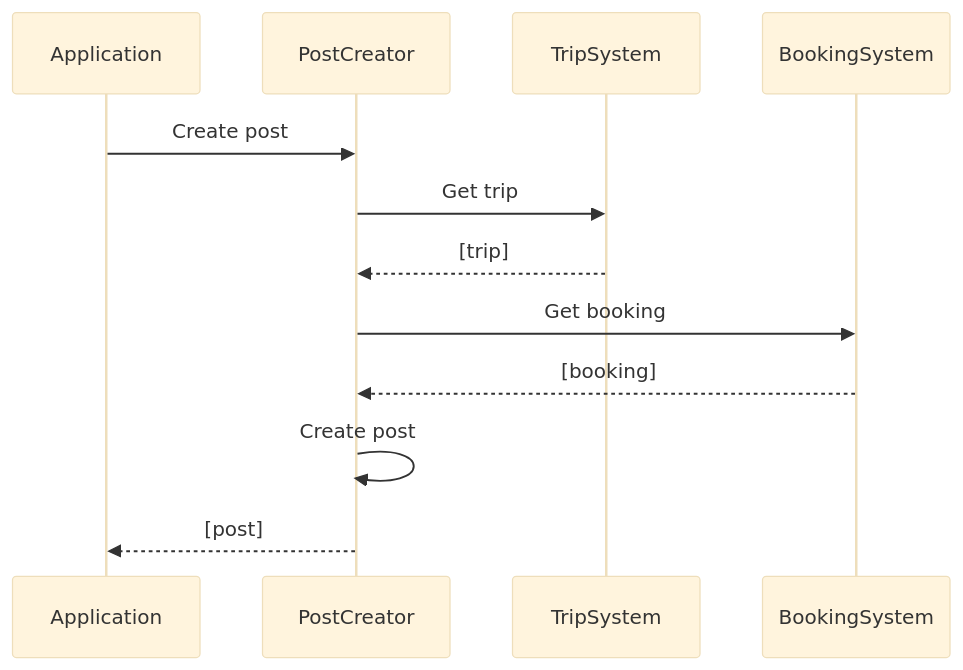
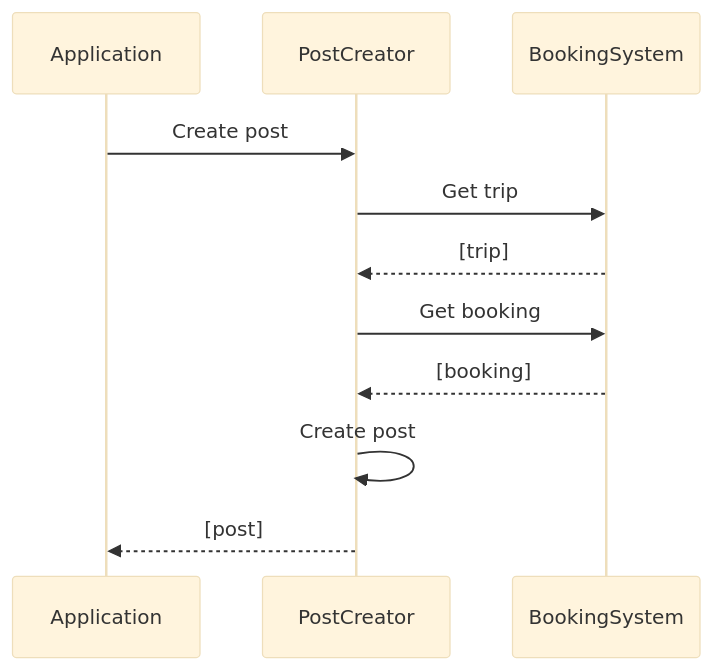
One commit to intelligent-growth-solutions/flexibility-fertilisers changed the diagram in ContainerView/social-media.md. Above: the diagram before and after it, drawn with Mermaid (base theme). The commit also changed other lines of this file and 1 other file, not shown here.

Commit message:
Clean up social media diagram

````diff
--- a/ContainerView/social-media.md
+++ b/ContainerView/social-media.md
@@ -8,10 +8,10 @@
 ```mermaid
 sequenceDiagram
     Application->>PostCreator: Create post 
-    PostCreator->>TripSystem: Get trip
-    TripSystem-->>PostCreator: [trip]
+    PostCreator->>BookingSystem: Get trip
+    BookingSystem-->>PostCreator: [trip]
     PostCreator->>BookingSystem: Get booking
     BookingSystem-->>PostCreator: [booking]
     PostCreator->>PostCreator: Create post
     PostCreator-->>Application: [post]
 ```
````
